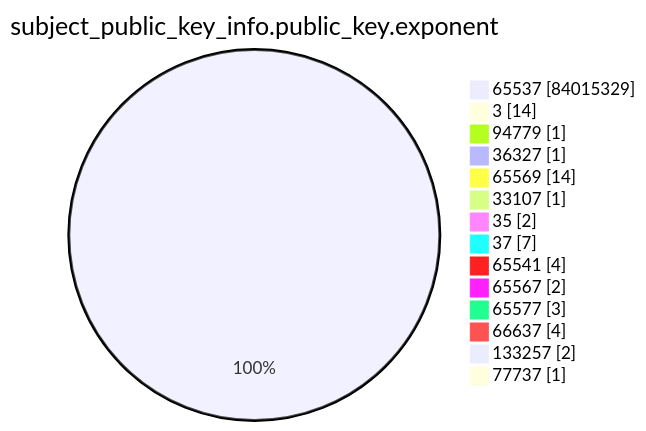
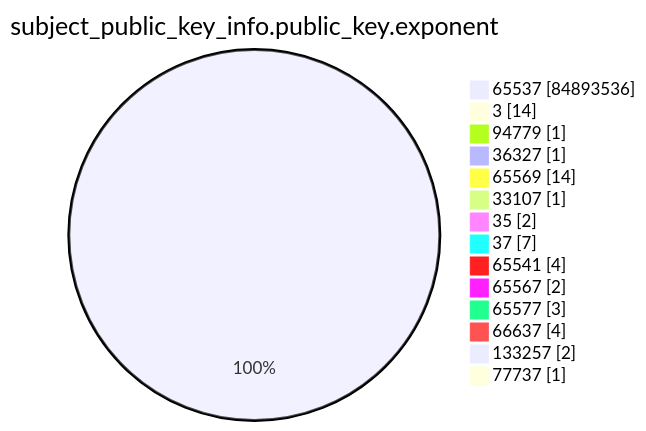
The fourth of 15 diagrams in argon2023/README.md (christiankrug/ctmonitor_visualization), drawn with Mermaid before and after one commit. The commit also changed other lines of this file, not shown here.

````diff
--- a/argon2023/README.md
+++ b/argon2023/README.md
@@ -1248,18 +1253,18 @@
 ```mermaid
 pie showData
 title subject_public_key_info.public_key.exponent
-"65537" :84015329
+"65537" :84893536
 "3" :14
 "94779" :1
 "36327" :1
 "65569" :14
 "33107" :1
 "35" :2
 "37" :7
 "65541" :4
 "65567" :2
 "65577" :3
 "66637" :4
 "133257" :2
 "77737" :1
 ```
````
